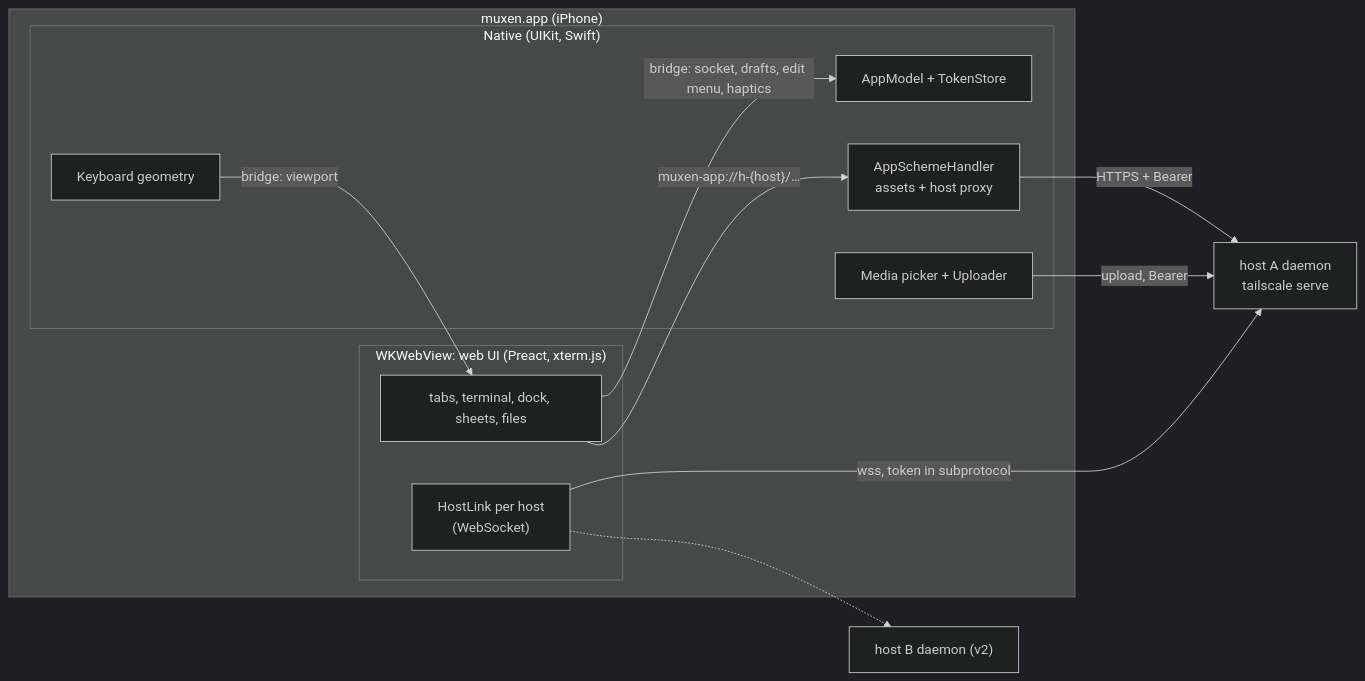
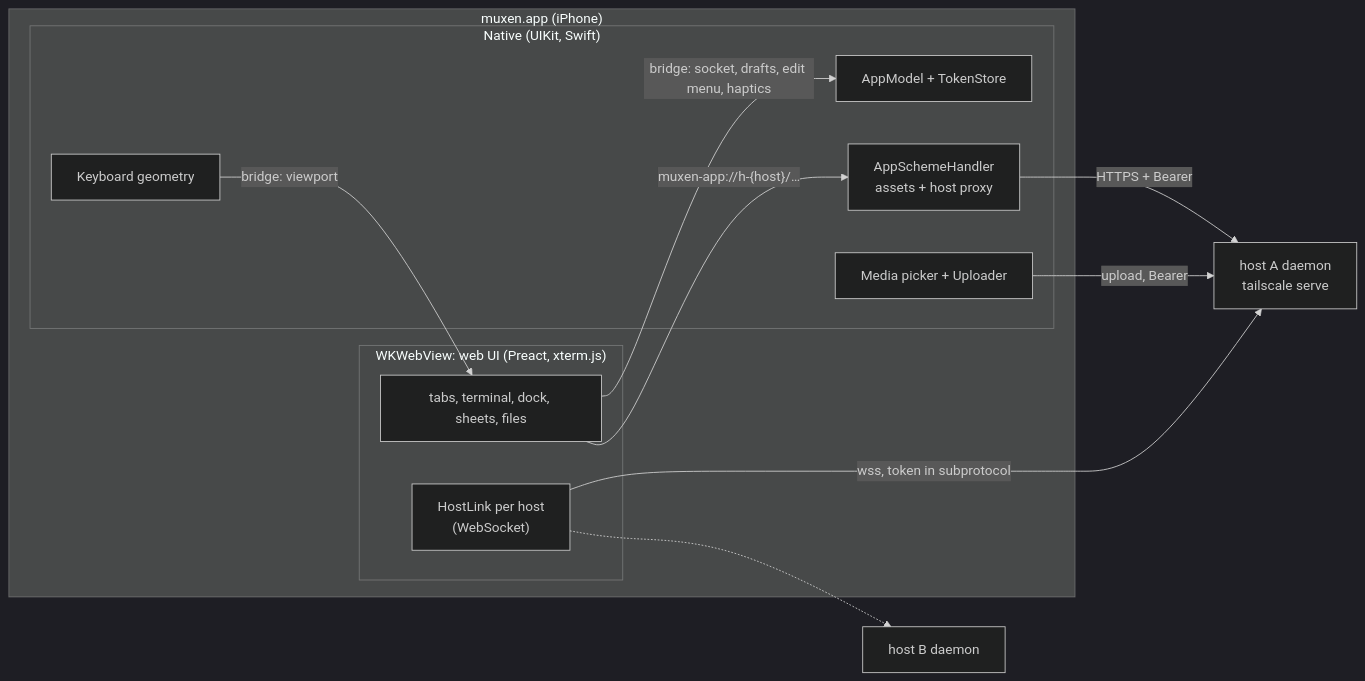
The diagram in docs/design/ios-shell.md (haowjy/muxen), drawn with Mermaid (dark theme) before and after one commit. The commit also changed other lines of this file and 2 other files, not shown here.

````diff
--- a/docs/design/ios-shell.md
+++ b/docs/design/ios-shell.md
@@ -22,24 +19,24 @@
 ```mermaid
 flowchart LR
   subgraph app["muxen.app (iPhone)"]
     subgraph native["Native (UIKit, Swift)"]
       geometry["Keyboard geometry"]
       auth["AppModel + TokenStore"]
       scheme["AppSchemeHandler<br/>assets + host proxy"]
       media["Media picker + Uploader"]
     end
     subgraph web["WKWebView: web UI (Preact, xterm.js)"]
       ui["tabs, terminal, dock, sheets, files"]
       link["HostLink per host<br/>(WebSocket)"]
     end
   end
   h1["host A daemon<br/>tailscale serve"]
-  h2["host B daemon (v2)"]
+  h2["host B daemon"]
   geometry -- "bridge: viewport" --> ui
   ui -- "bridge: socket, drafts, edit menu, haptics" --> auth
   ui -- "muxen-app://h-{host}/…" --> scheme
   scheme -- "HTTPS + Bearer" --> h1
   media -- "upload, Bearer" --> h1
   link -- "wss, token in subprotocol" --> h1
   link -.-> h2
 ```
````
